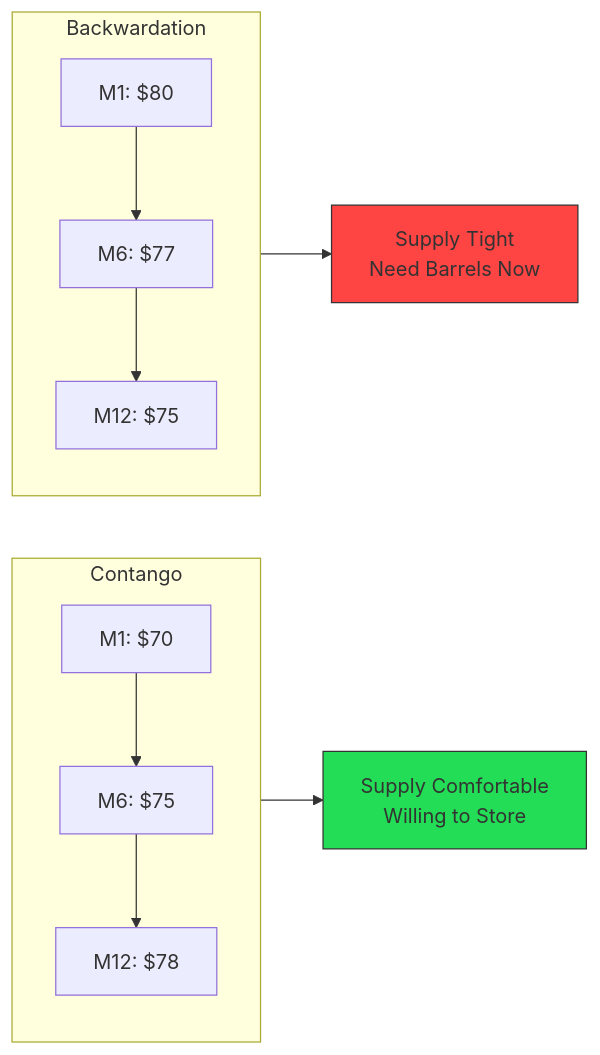
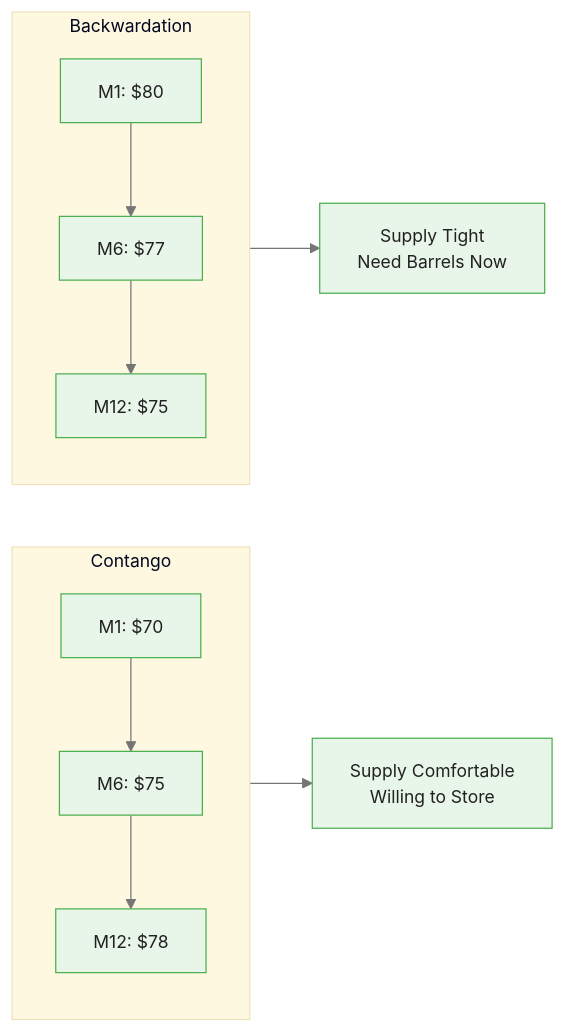
Before and after one commit to m-deane/course-creator: the first of 3 diagrams in courses/genai-commodities/modules/module_04_fundamentals/guides/03_term_structure_slides.md, drawn with Mermaid. The commit also changed other lines of this file and 84 other files, not shown here.

````diff
--- a/courses/genai-commodities/modules/module_04_fundamentals/guides/03_term_structure_slides.md
+++ b/courses/genai-commodities/modules/module_04_fundamentals/guides/03_term_structure_slides.md
@@ -25,18 +25,16 @@
 ```mermaid
+%%{init: {"theme": "base", "themeVariables": {"primaryColor": "#e8f5e9", "primaryBorderColor": "#4caf50", "primaryTextColor": "#212121", "secondaryColor": "#e3f2fd", "tertiaryColor": "#fff8e1", "lineColor": "#757575", "fontFamily": "Inter, sans-serif", "fontSize": "14px"}}}%%
 flowchart LR
     subgraph Contango
         A1["M1: $70"] --> A2["M6: $75"]
         A2 --> A3["M12: $78"]
     end
 
     subgraph Backwardation
         B1["M1: $80"] --> B2["M6: $77"]
         B2 --> B3["M12: $75"]
     end
 
     Contango --> C[Supply Comfortable<br/>Willing to Store]
     Backwardation --> D[Supply Tight<br/>Need Barrels Now]
-
-    style C fill:#2d5,stroke:#333
-    style D fill:#f44,stroke:#333
 ```
````
